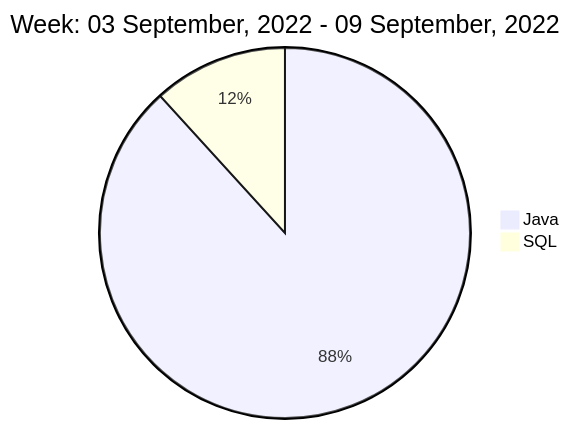
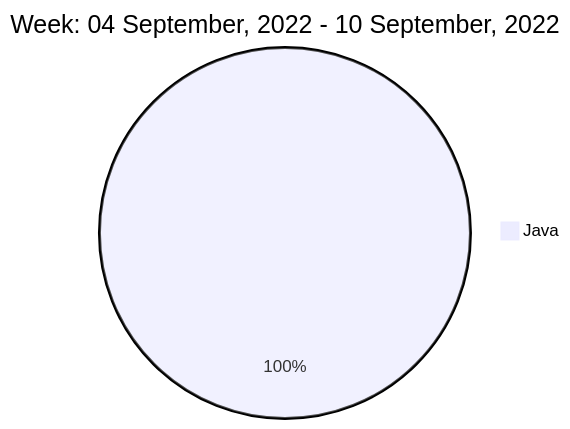
Before and after one commit to liubin95/liubin95: the diagram in README.md, drawn with Mermaid.

Commit message:
Updated the Graph with new Metrics

````diff
--- a/README.md
+++ b/README.md
@@ -40,6 +40,5 @@
 ```mermaid
  pie
-title Week: 03 September, 2022 - 09 September, 2022
- "Java" : 4.73
- "SQL" : 0.63
+title Week: 04 September, 2022 - 10 September, 2022
+ "Java" : 2.77
 ```
````
